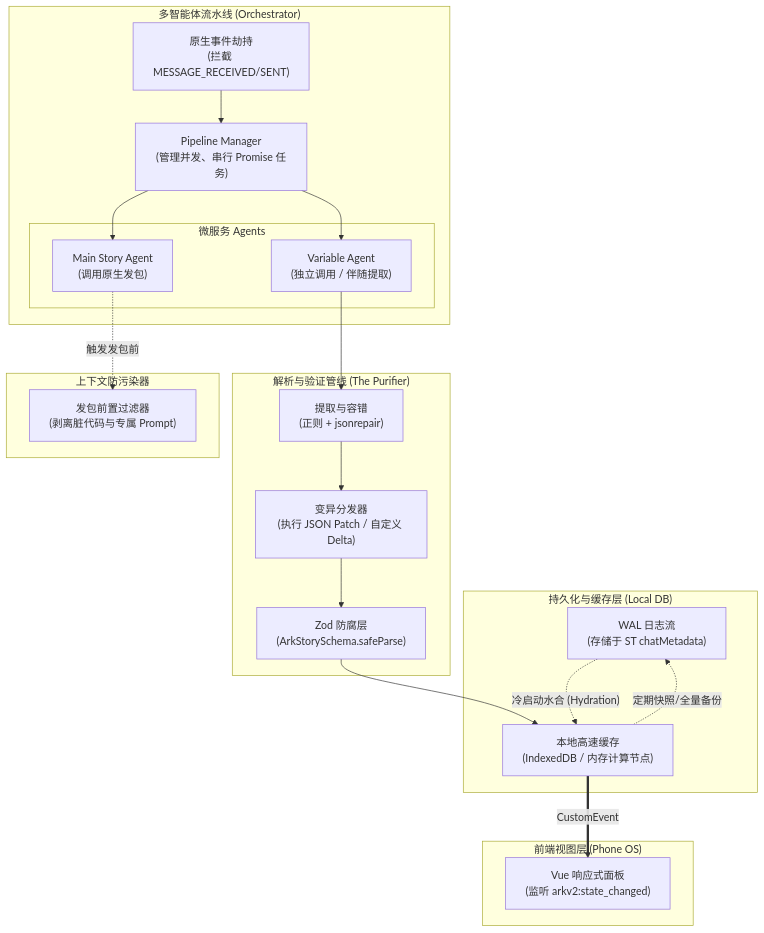
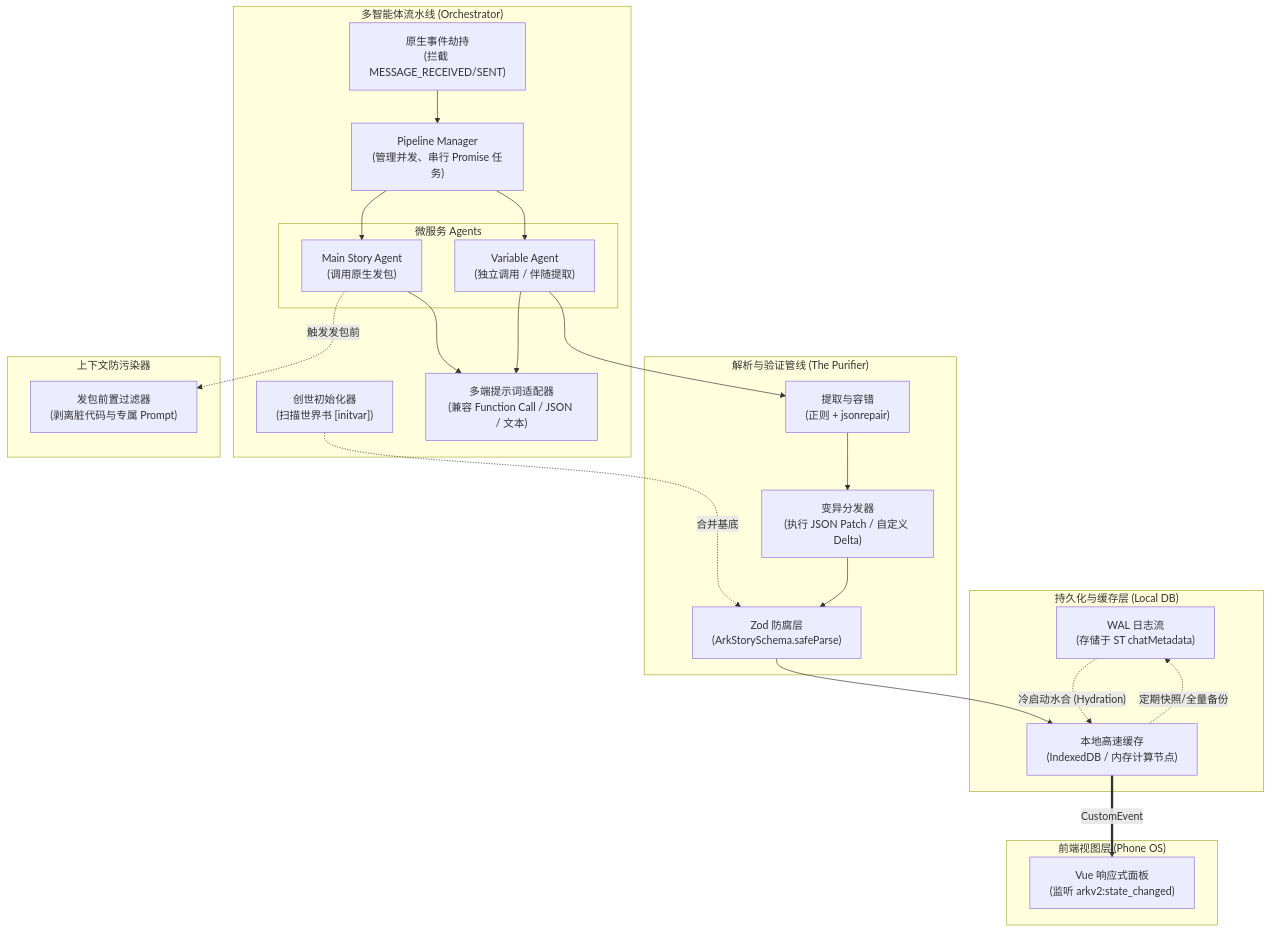
The first of 2 diagrams in .kilocode/development_logs/feat_v2-engine/V2_ENGINE_ARCHITECTURE_PLAN.md (TonyDG233/ST_Ark_StatusBar), drawn with Mermaid before and after one commit. The commit also changed other lines of this file, not shown here.

````diff
--- a/.kilocode/development_logs/feat_v2-engine/V2_ENGINE_ARCHITECTURE_PLAN.md
+++ b/.kilocode/development_logs/feat_v2-engine/V2_ENGINE_ARCHITECTURE_PLAN.md
@@ -11,62 +11,68 @@
 ```mermaid
 graph TD
     %% -------------------
     %% 1. 数据持久层 (The Database)
     %% -------------------
     subgraph Storage ["持久化与缓存层 (Local DB)"]
         wal["WAL 日志流<br>(存储于 ST chatMetadata)"]
         opfs["本地高速缓存<br>(IndexedDB / 内存计算节点)"]
     end
 
     %% -------------------
     %% 2. 任务编排层 (Orchestrator)
     %% -------------------
     subgraph Orchestration ["多智能体流水线 (Orchestrator)"]
         hook["原生事件劫持<br>(拦截 MESSAGE_RECEIVED/SENT)"]
+        init["创世初始化器<br>(扫描世界书 [initvar])"]
         pipe["Pipeline Manager<br>(管理并发、串行 Promise 任务)"]
         subgraph Agents ["微服务 Agents"]
             agent_main["Main Story Agent<br>(调用原生发包)"]
             agent_var["Variable Agent<br>(独立调用 / 伴随提取)"]
         end
+        prompt_adapter["多端提示词适配器<br>(兼容 Function Call / JSON / 文本)"]
     end
 
     %% -------------------
     %% 3. 数据处理管线 (Data Pipeline)
     %% -------------------
     subgraph Pipeline ["解析与验证管线 (The Purifier)"]
         extract["提取与容错<br>(正则 + jsonrepair)"]
         mutate["变异分发器<br>(执行 JSON Patch / 自定义 Delta)"]
         zod["Zod 防腐层<br>(ArkStorySchema.safeParse)"]
     end
 
     %% -------------------
     %% 4. 上下文控制层 (Context Control)
     %% -------------------
     subgraph Context ["上下文防污染器"]
         filter["发包前置过滤器<br>(剥离脏代码与专属 Prompt)"]
     end
 
     %% -------------------
     %% 5. 视图层 (UI)
     %% -------------------
     subgraph View ["前端视图层 (Phone OS)"]
         vue["Vue 响应式面板<br>(监听 arkv2:state_changed)"]
     end
 
     %% 关联
+    init -. "合并基底" .-> zod
     hook --> pipe
     pipe --> agent_main
     pipe --> agent_var
+    
+    agent_main --> prompt_adapter
+    agent_var --> prompt_adapter
     
     agent_var --> extract
     extract --> mutate
     mutate --> zod
     zod --> opfs
     
     opfs -. "定期快照/全量备份" .-> wal
     wal -. "冷启动水合 (Hydration)" .-> opfs
     
     agent_main -. "触发发包前" .-> filter
     
     opfs == "CustomEvent" ==> vue
 ```
````
